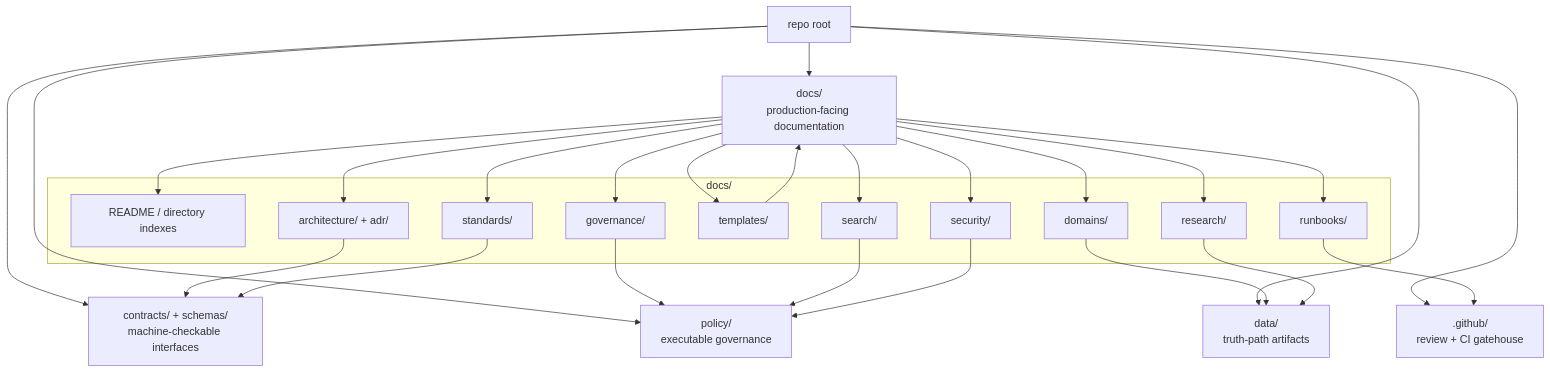
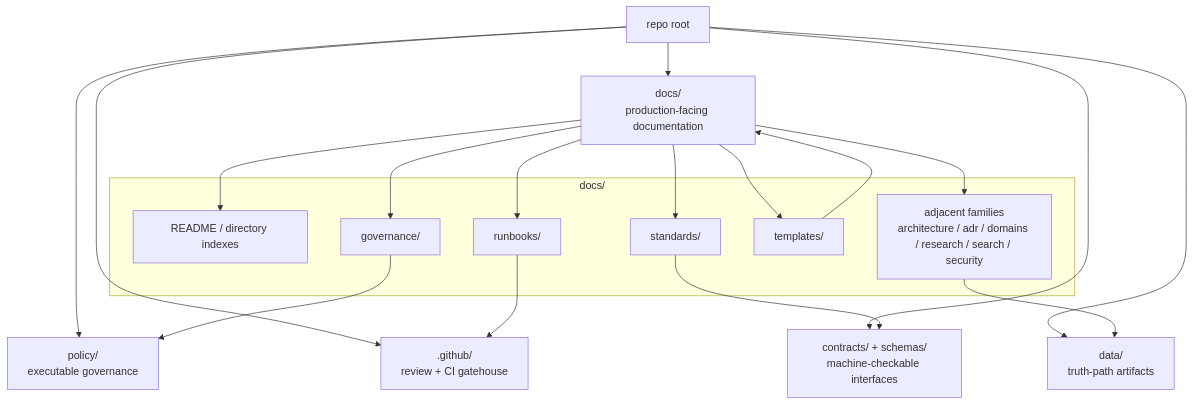
The diagram in docs/README.md (bartytime4life/Kansas-Frontier-Matrix), drawn with Mermaid before and after one commit. The commit also changed other lines of this file, not shown here.

````diff
--- a/docs/README.md
+++ b/docs/README.md
@@ -229,42 +201,30 @@
 ```mermaid
 flowchart TD
     ROOT["repo root"] --> DOCS["docs/<br/>production-facing documentation"]
     ROOT --> CONTRACTS["contracts/ + schemas/<br/>machine-checkable interfaces"]
     ROOT --> POLICY["policy/<br/>executable governance"]
     ROOT --> DATA["data/<br/>truth-path artifacts"]
     ROOT --> GATE[".github/<br/>review + CI gatehouse"]
 
     subgraph D["docs/"]
         IDX["README / directory indexes"]
-        ARCH["architecture/ + adr/"]
         GOV["governance/"]
+        RUN["runbooks/"]
         STD["standards/"]
         TMP["templates/"]
-        DOM["domains/"]
-        RUN["runbooks/"]
-        RES["research/"]
-        SRCH["search/"]
-        SEC["security/"]
+        ADJ["adjacent families<br/>architecture / adr / domains / research / search / security"]
     end
 
     DOCS --> IDX
-    DOCS --> ARCH
     DOCS --> GOV
+    DOCS --> RUN
     DOCS --> STD
     DOCS --> TMP
-    DOCS --> DOM
-    DOCS --> RUN
-    DOCS --> RES
-    DOCS --> SRCH
-    DOCS --> SEC
+    DOCS --> ADJ
 
-    ARCH --> CONTRACTS
     GOV --> POLICY
+    RUN --> GATE
     STD --> CONTRACTS
     TMP --> DOCS
-    DOM --> DATA
-    RUN --> GATE
-    RES --> DATA
-    SRCH --> POLICY
-    SEC --> POLICY
+    ADJ --> DATA
 ```
````
